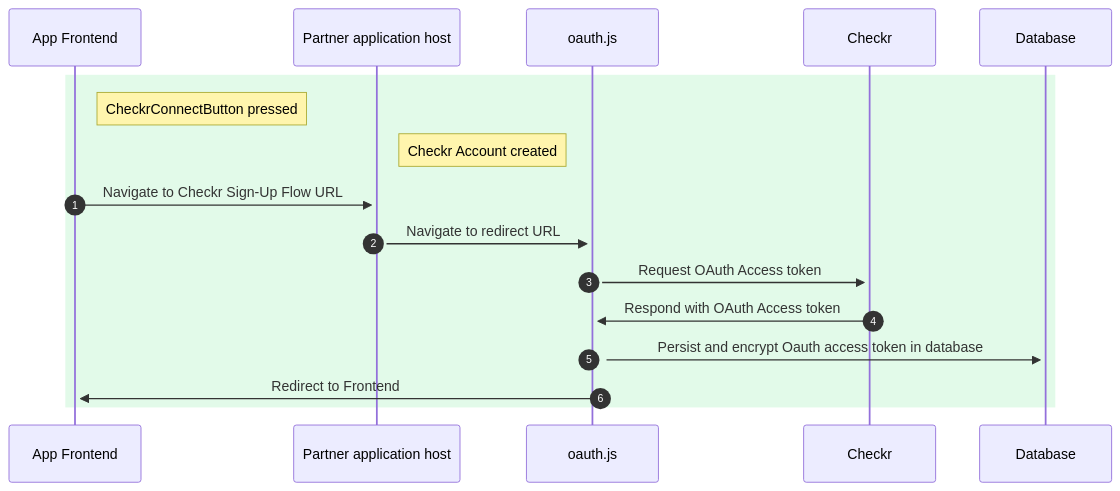
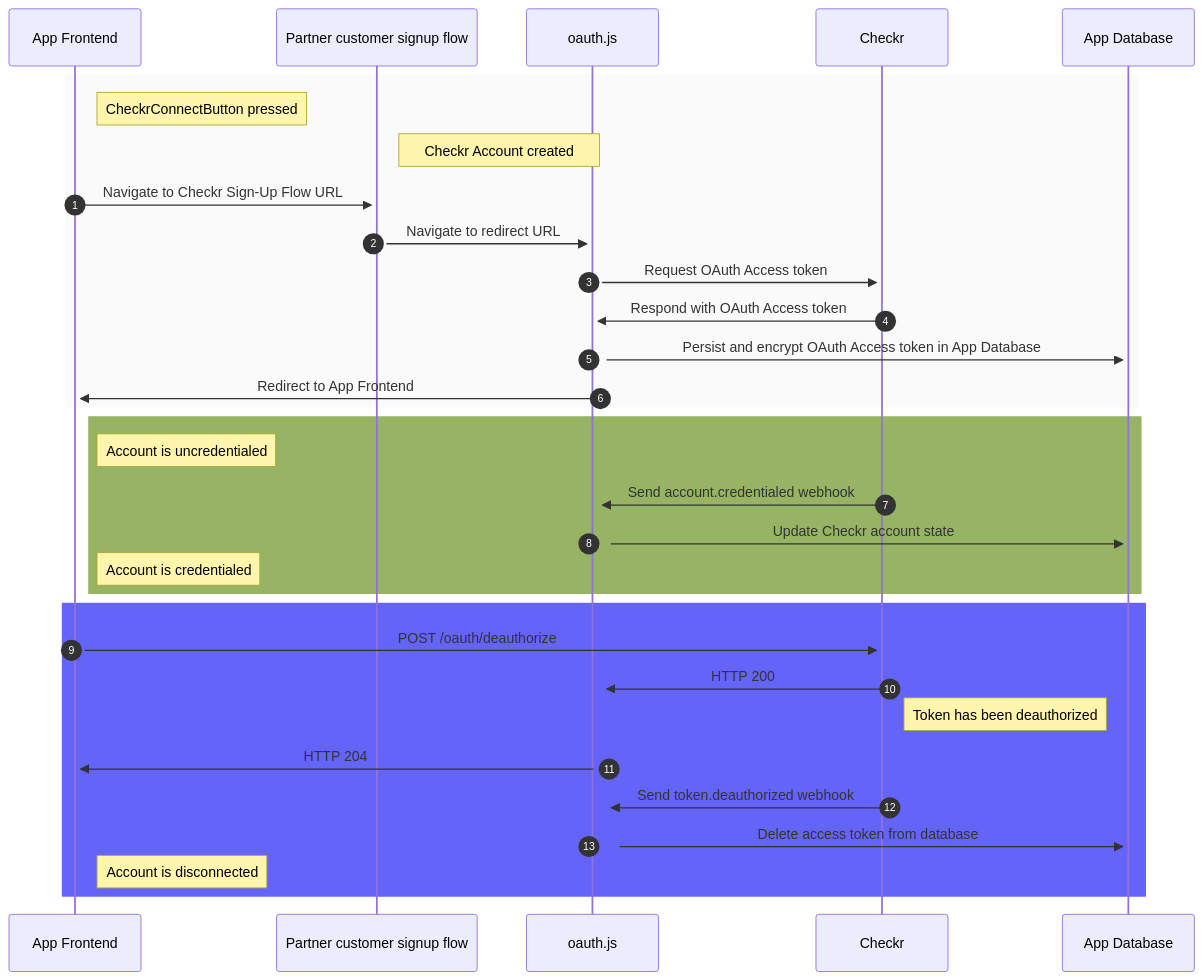
One commit to checkr/oauth-reference-integration changed the diagram in README.md. Above: the diagram before and after it, drawn with Mermaid.

Commit message:
Update sequence diagram with account credentialing and token.deauthorized

````diff
--- a/README.md
+++ b/README.md
@@ -59,16 +59,31 @@
 ```mermaid
 sequenceDiagram
   autonumber
 
-  rect rgb(226, 250, 233)
+  rect rgb(250, 250, 250)
     Note right of App Frontend: CheckrConnectButton pressed
-    Note right of Partner application host: Checkr Account created
+    Note right of Partner customer signup flow: Checkr Account created
 
-    App Frontend->>+Partner application host: Navigate to Checkr Sign-Up Flow URL
-    Partner application host->>+oauth.js: Navigate to redirect URL
+    App Frontend->>+Partner customer signup flow: Navigate to Checkr Sign-Up Flow URL
+    Partner customer signup flow->>+oauth.js: Navigate to redirect URL
     oauth.js->>+Checkr: Request OAuth Access token
     Checkr->>+oauth.js: Respond with OAuth Access token
-    oauth.js->>+Database: Persist and encrypt Oauth access token in database
-    oauth.js->>+App Frontend: Redirect to Frontend
+    oauth.js->>+App Database: Persist and encrypt OAuth Access token in App Database
+    oauth.js->>+App Frontend: Redirect to App Frontend
+  end
+  rect rgb(150, 180, 100)
+    Note right of App Frontend: Account is uncredentialed
+    Checkr->>+oauth.js: Send account.credentialed webhook
+    oauth.js->>+App Database: Update Checkr account state
+    Note right of App Frontend: Account is credentialed
+  end
+  rect rgb(100, 100, 250)
+    App Frontend->>+Checkr: POST /oauth/deauthorize
+    Checkr->>+oauth.js: HTTP 200
+    Note right of Checkr: Token has been deauthorized
+    oauth.js->>+App Frontend: HTTP 204
+    Checkr->>+oauth.js: Send token.deauthorized webhook
+    oauth.js->>+App Database: Delete access token from database
+    Note right of App Frontend: Account is disconnected
   end
 ```
````
